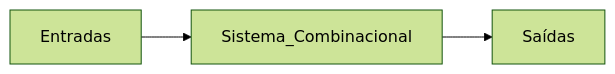
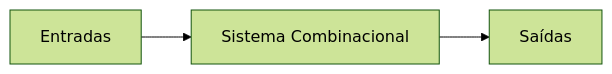
The first of 2 diagrams in 05-logica-sequencial.md (lacufpe/sd1), drawn with Mermaid (forest theme) before and after one commit. The commit also changed other lines of this file and 11 other files, not shown here.

````diff
--- a/05-logica-sequencial.md
+++ b/05-logica-sequencial.md
@@ -22,5 +21,5 @@
-```mermaid
-graph LR
-    Entradas --> Sistema_Combinacional
-    Sistema_Combinacional --> Saídas
-```
+<div class="mermaid">
+    graph LR
+    A[Entradas] --> B[Sistema Combinacional]
+    B --> C[Saídas]
+</div>
````
